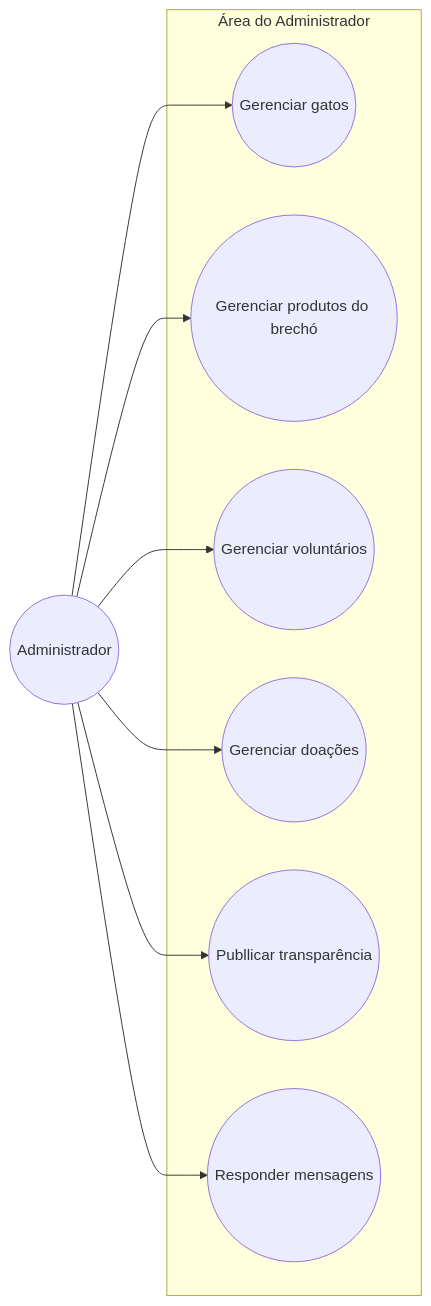
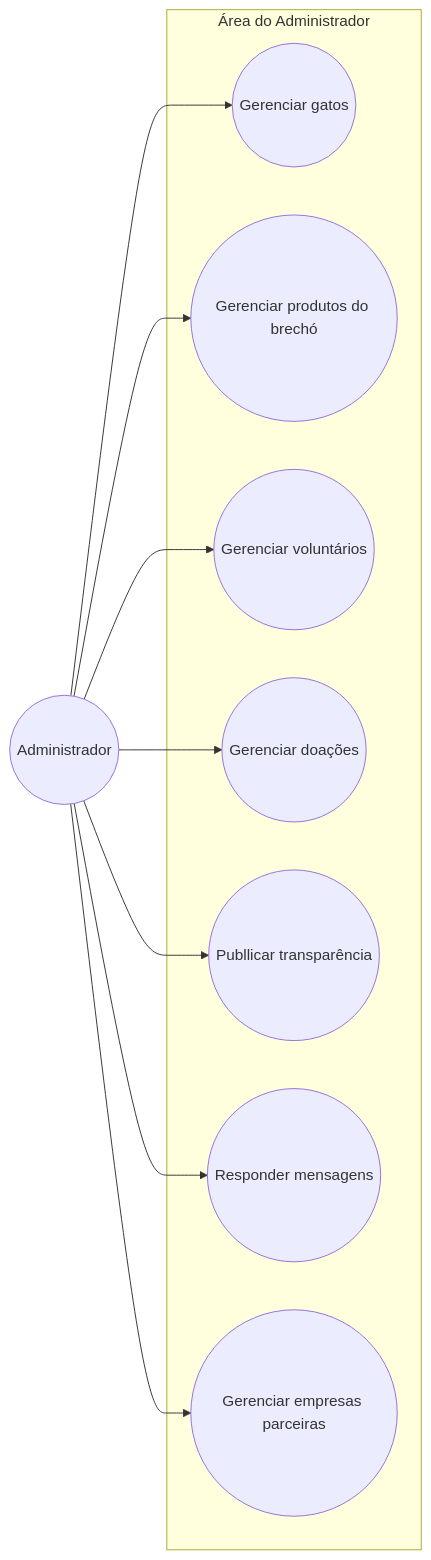
One commit to ligiaoliveira/Casa-dos-Gatos changed the diagram in docs/diagramas/casos_admin.md. Above: the diagram before and after it, drawn with Mermaid.

````diff
--- a/docs/diagramas/casos_admin.md
+++ b/docs/diagramas/casos_admin.md
@@ -1,21 +1,25 @@
 ```mermaid
 flowchart LR
   Administrador((Administrador))
 
   subgraph Área do Administrador
       UC1((Gerenciar gatos))
       UC2((Gerenciar produtos do brechó))
       UC3((Gerenciar voluntários))
       UC4((Gerenciar doações))
       UC5((Publlicar transparência))
       UC6((Responder mensagens))
+      UC7((Gerenciar empresas parceiras))
   end
 
   Administrador --> UC1
   Administrador --> UC2
   Administrador --> UC3
   Administrador --> UC4
   Administrador --> UC5
   Administrador --> UC6
+  Administrador --> UC7
+
+
 
 ```
````
